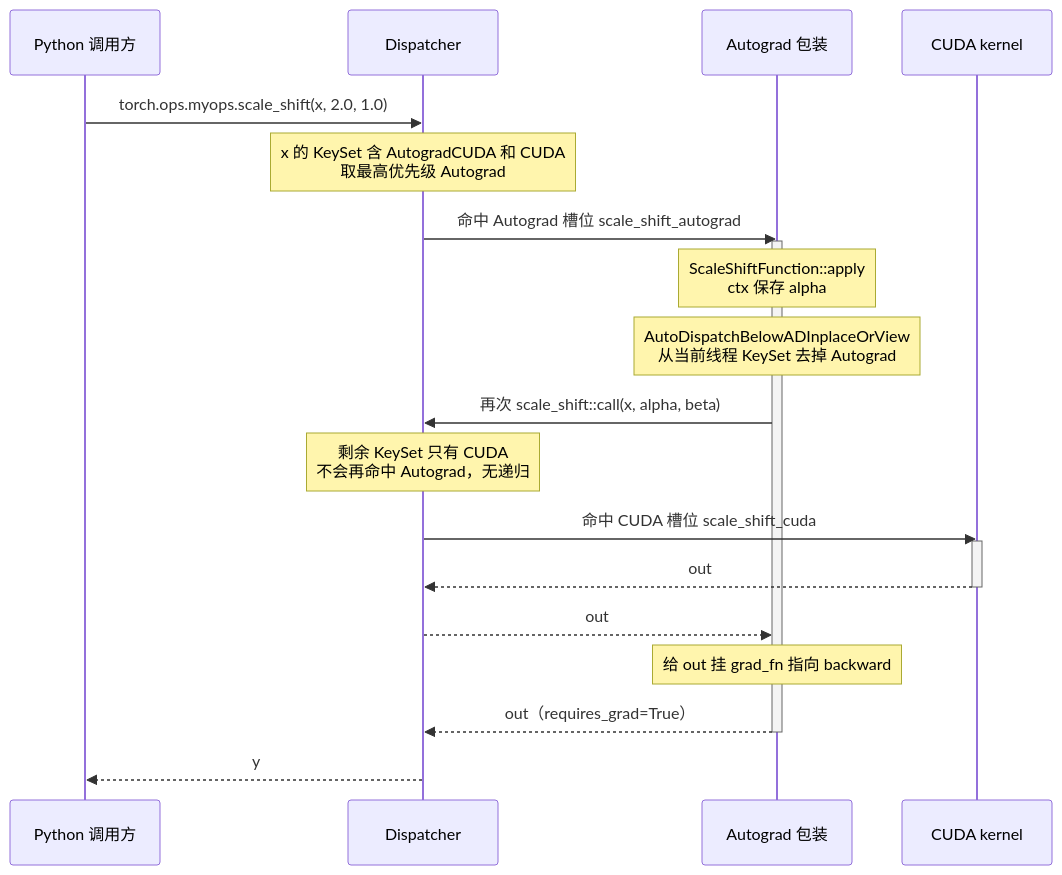
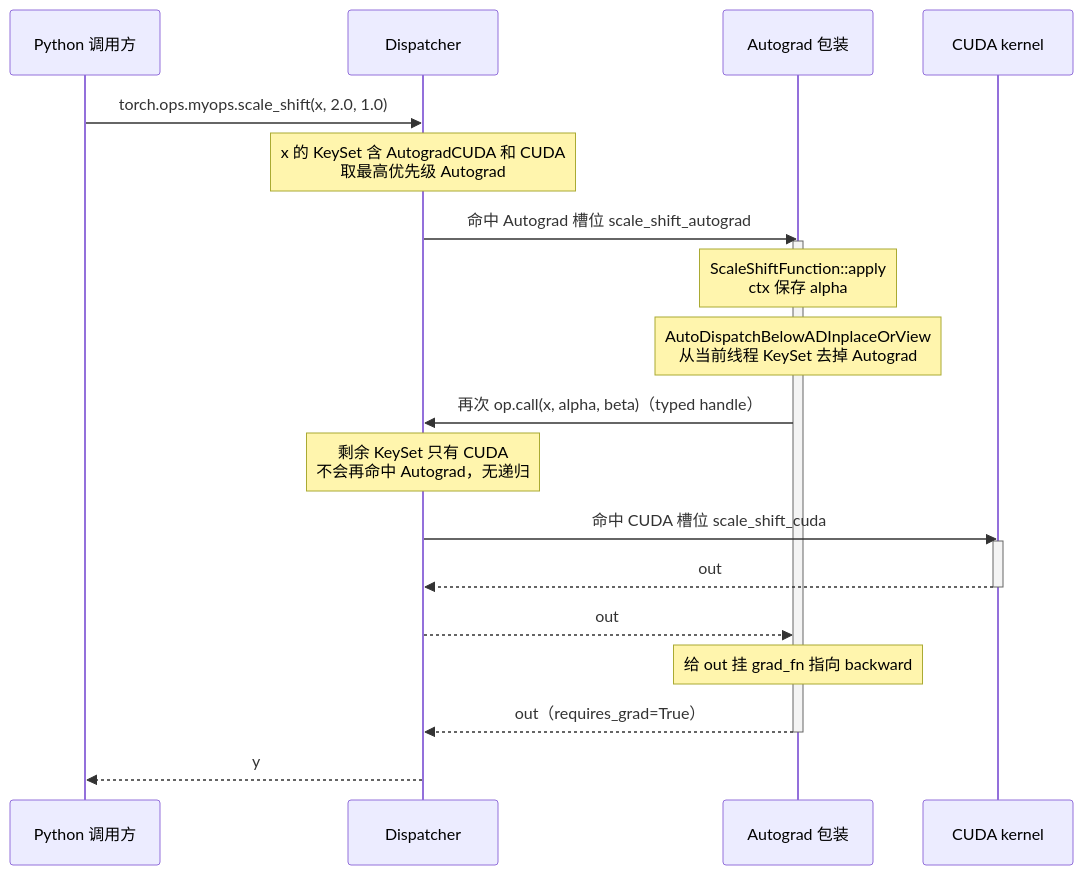
One commit to arganzheng/arganzheng.github.com changed the fourth of 6 diagrams in _posts/2026-02-22-pytorch-cpp-extension-and-custom-operators.md. Above: the diagram before and after it, drawn with Mermaid. The commit also changed other lines of this file and 10 other files, not shown here.

````diff
--- a/_posts/2026-02-22-pytorch-cpp-extension-and-custom-operators.md
+++ b/_posts/2026-02-22-pytorch-cpp-extension-and-custom-operators.md
@@ -1104,24 +1121,24 @@
 ```mermaid
 sequenceDiagram
     participant Py as Python 调用方
     participant D as Dispatcher
     participant AG as Autograd 包装
     participant K as CUDA kernel
     Py->>D: torch.ops.myops.scale_shift(x, 2.0, 1.0)
     Note over D: x 的 KeySet 含 AutogradCUDA 和 CUDA<br/>取最高优先级 Autograd
     D->>AG: 命中 Autograd 槽位 scale_shift_autograd
     activate AG
     Note over AG: ScaleShiftFunction::apply<br/>ctx 保存 alpha
     Note over AG: AutoDispatchBelowADInplaceOrView<br/>从当前线程 KeySet 去掉 Autograd
-    AG->>D: 再次 scale_shift::call(x, alpha, beta)
+    AG->>D: 再次 op.call(x, alpha, beta)（typed handle）
     Note over D: 剩余 KeySet 只有 CUDA<br/>不会再命中 Autograd，无递归
     D->>K: 命中 CUDA 槽位 scale_shift_cuda
     activate K
     K-->>D: out
     deactivate K
     D-->>AG: out
     Note over AG: 给 out 挂 grad_fn 指向 backward
     AG-->>D: out（requires_grad=True）
     deactivate AG
     D-->>Py: y
 ```
````
